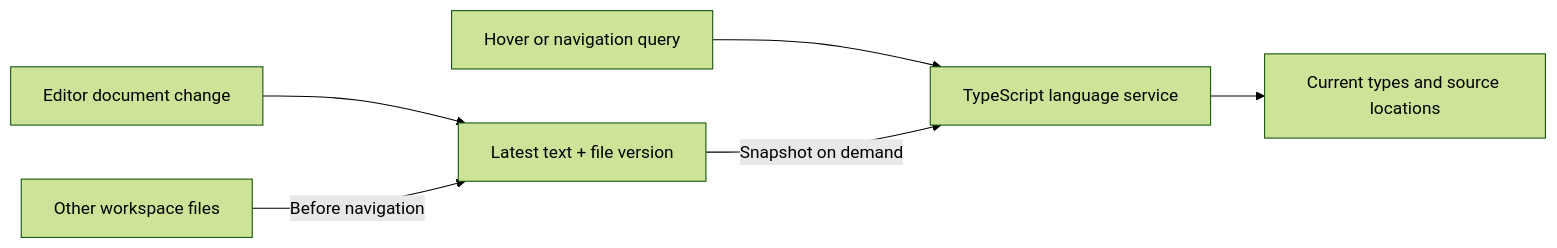
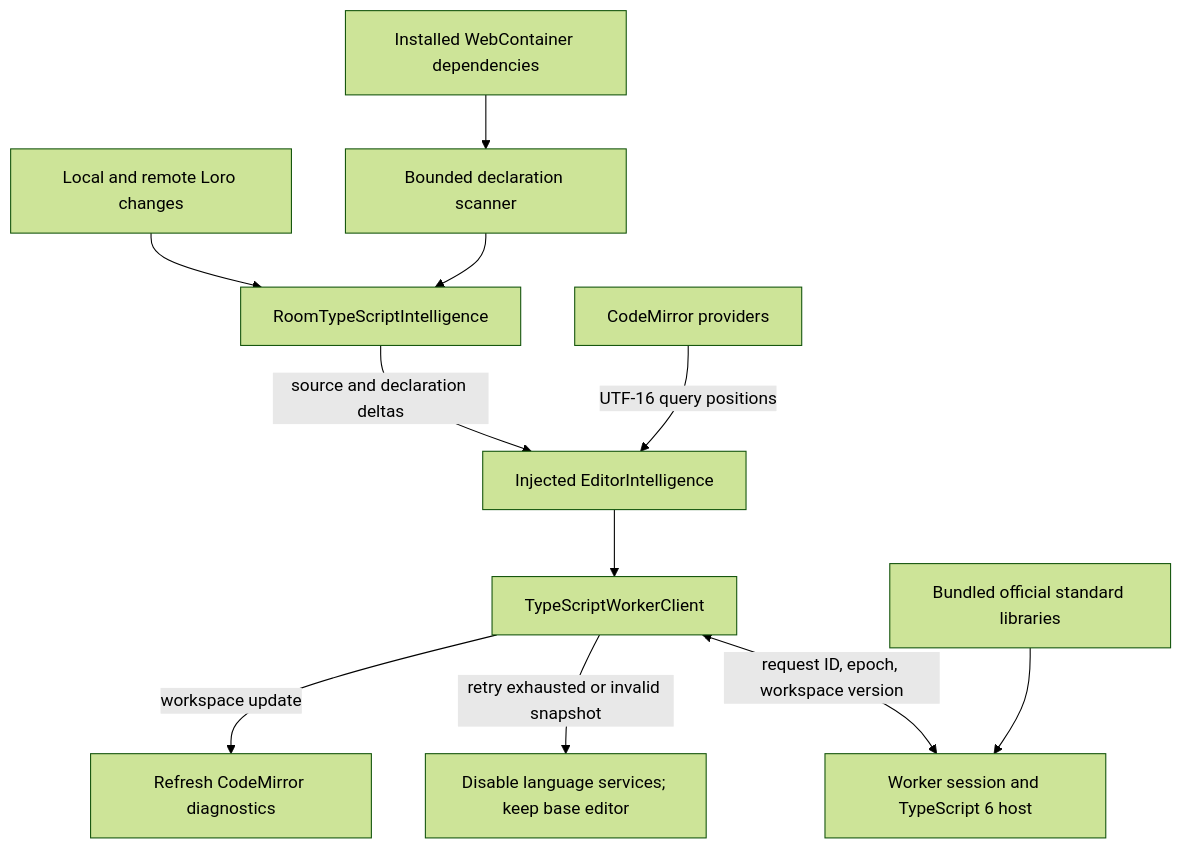
One commit to BBboy01/Tsugite changed the sixth of 8 diagrams in docs/architecture.md. Above: the diagram before and after it, drawn with Mermaid (forest theme). The commit also changed other lines of this file and 57 other files, not shown here.

First line of the commit message:
feat(editor): Sync project types and complete Worker migration (#78)

````diff
--- a/docs/architecture.md
+++ b/docs/architecture.md
@@ -345,8 +332,13 @@
 ```mermaid
-flowchart LR
-  Edit["Editor document change"] --> Text["Latest text + file version"]
-  Query["Hover or navigation query"] --> Service["TypeScript language service"]
-  Workspace["Other workspace files"] -->|Before navigation| Text
-  Text -->|Snapshot on demand| Service
-  Service --> Result["Current types and source locations"]
+flowchart TB
+  Loro["Local and remote Loro changes"] --> Owner["RoomTypeScriptIntelligence"]
+  Owner -->|source and declaration deltas| Engine["Injected EditorIntelligence"]
+  Engine --> Client["TypeScriptWorkerClient"]
+  Editor["CodeMirror providers"] -->|UTF-16 query positions| Engine
+  Client <-->|request ID, epoch, workspace version| Worker["Worker session and TypeScript 6 host"]
+  Libs["Bundled official standard libraries"] --> Worker
+  Container["Installed WebContainer dependencies"] --> Scan["Bounded declaration scanner"]
+  Scan --> Owner
+  Client -->|retry exhausted or invalid snapshot| Disabled["Disable language services; keep base editor"]
+  Client -->|workspace update| Refresh["Refresh CodeMirror diagnostics"]
 ```
````
